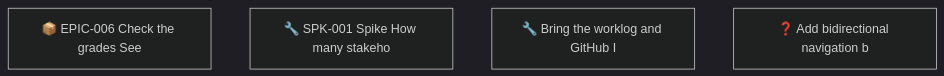
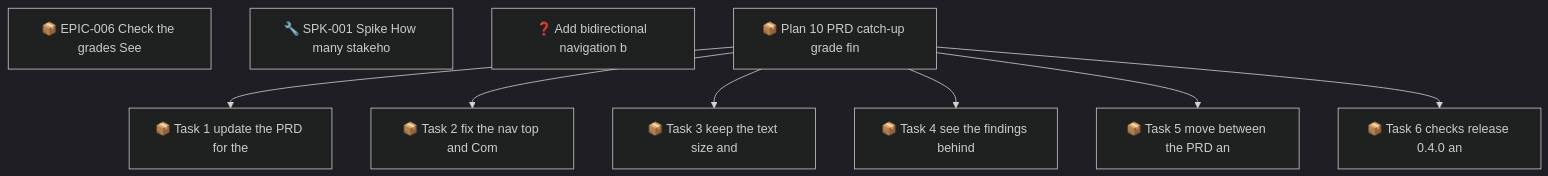
Before and after one commit to SpillwaveSolutions/prd-forge-viewer: the second of 2 diagrams in docs/roadmap.md, drawn with Mermaid (dark theme). The commit also changed other lines of this file and 18 other files, not shown here.

First line of the commit message:
plan: capture plan 10, PRD catch-up, grade findings, backlog navigation, and release 0.4.0

````diff
--- a/docs/roadmap.md
+++ b/docs/roadmap.md
@@ -69,7 +94,19 @@
 ```mermaid
 graph TD
     01M61XNM7GHPSJ1B96BCHA59ZE["📦 EPIC-006 Check the grades See"]
     01M61XNM9NY7F4D4V7400J56X9["🔧 SPK-001 Spike How many stakeho"]
-    01M67N9KHR9BFVGGV7VCF908B6["🔧 Bring the worklog and GitHub I"]
     01M67NFZH5C1HWH4SBC22ZVXMS["❓ Add bidirectional navigation b"]
+    01M67NH4X4JGDJB233B670SJFF["📦 Plan 10 PRD catch-up grade fin"]
+    01M67NH4XPWE52APES54MYFEV2["📦 Task 1 update the PRD for the"]
+    01M67NH4XPWE52APES54MYFEV4["📦 Task 2 fix the nav top and Com"]
+    01M67NH4XPWE52APES54MYFEV6["📦 Task 3 keep the text size and"]
+    01M67NH4XPWE52APES54MYFEV8["📦 Task 4 see the findings behind"]
+    01M67NH4XPWE52APES54MYFEVA["📦 Task 5 move between the PRD an"]
+    01M67NH4XPWE52APES54MYFEVC["📦 Task 6 checks release 0.4.0 an"]
+    01M67NH4X4JGDJB233B670SJFF --> 01M67NH4XPWE52APES54MYFEV2
+    01M67NH4X4JGDJB233B670SJFF --> 01M67NH4XPWE52APES54MYFEV4
+    01M67NH4X4JGDJB233B670SJFF --> 01M67NH4XPWE52APES54MYFEV6
+    01M67NH4X4JGDJB233B670SJFF --> 01M67NH4XPWE52APES54MYFEV8
+    01M67NH4X4JGDJB233B670SJFF --> 01M67NH4XPWE52APES54MYFEVA
+    01M67NH4X4JGDJB233B670SJFF --> 01M67NH4XPWE52APES54MYFEVC
 ```
````
